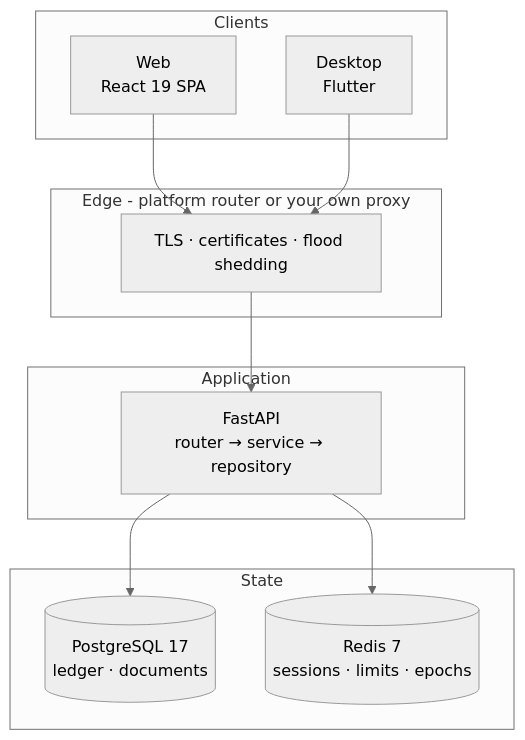
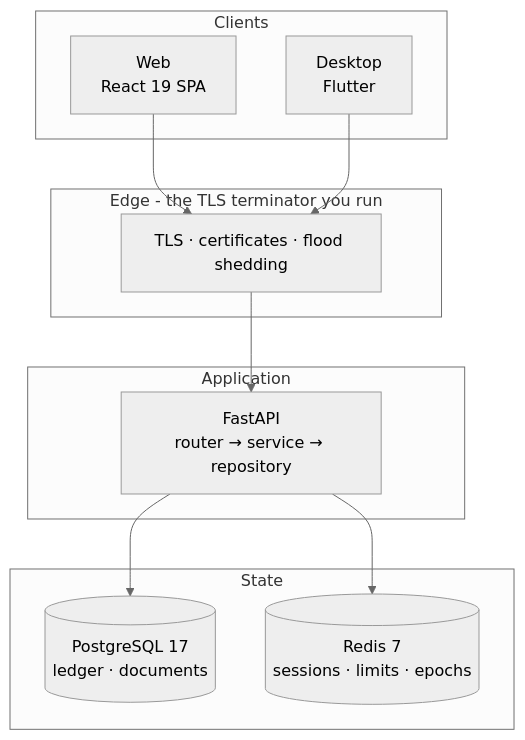
One commit to Madhur-Prakash/Personal-ERP changed the diagram in README.md. Above: the diagram before and after it, drawn with Mermaid (neutral theme). The commit also changed other lines of this file and 8 other files, not shown here.

Commit message:
fix: update documentation and configuration to clarify TLS terminator requirements and deployment details

````diff
--- a/README.md
+++ b/README.md
@@ -218,26 +218,26 @@
 ```mermaid
 graph TB
     subgraph Clients
         W[Web<br/>React 19 SPA]
         D[Desktop<br/>Flutter]
     end
 
-    subgraph Edge["Edge - platform router or your own proxy"]
+    subgraph Edge["Edge - the TLS terminator you run"]
         N[TLS · certificates · flood shedding]
     end
 
     subgraph Application
         A[FastAPI<br/>router → service → repository]
     end
 
     subgraph State
         P[(PostgreSQL 17<br/>ledger · documents)]
         R[(Redis 7<br/>sessions · limits · epochs)]
     end
 
     W --> N
     D --> N
     N --> A
     A --> P
     A --> R
 ```
````
